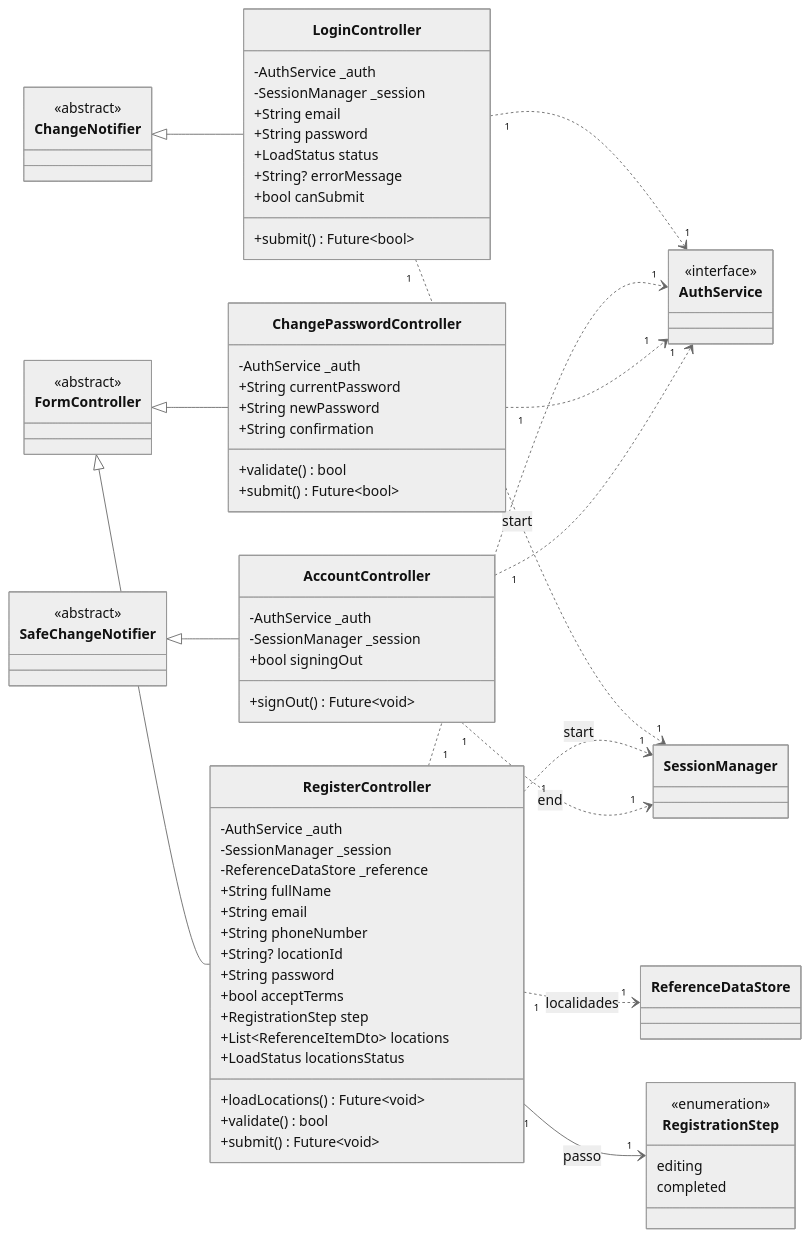
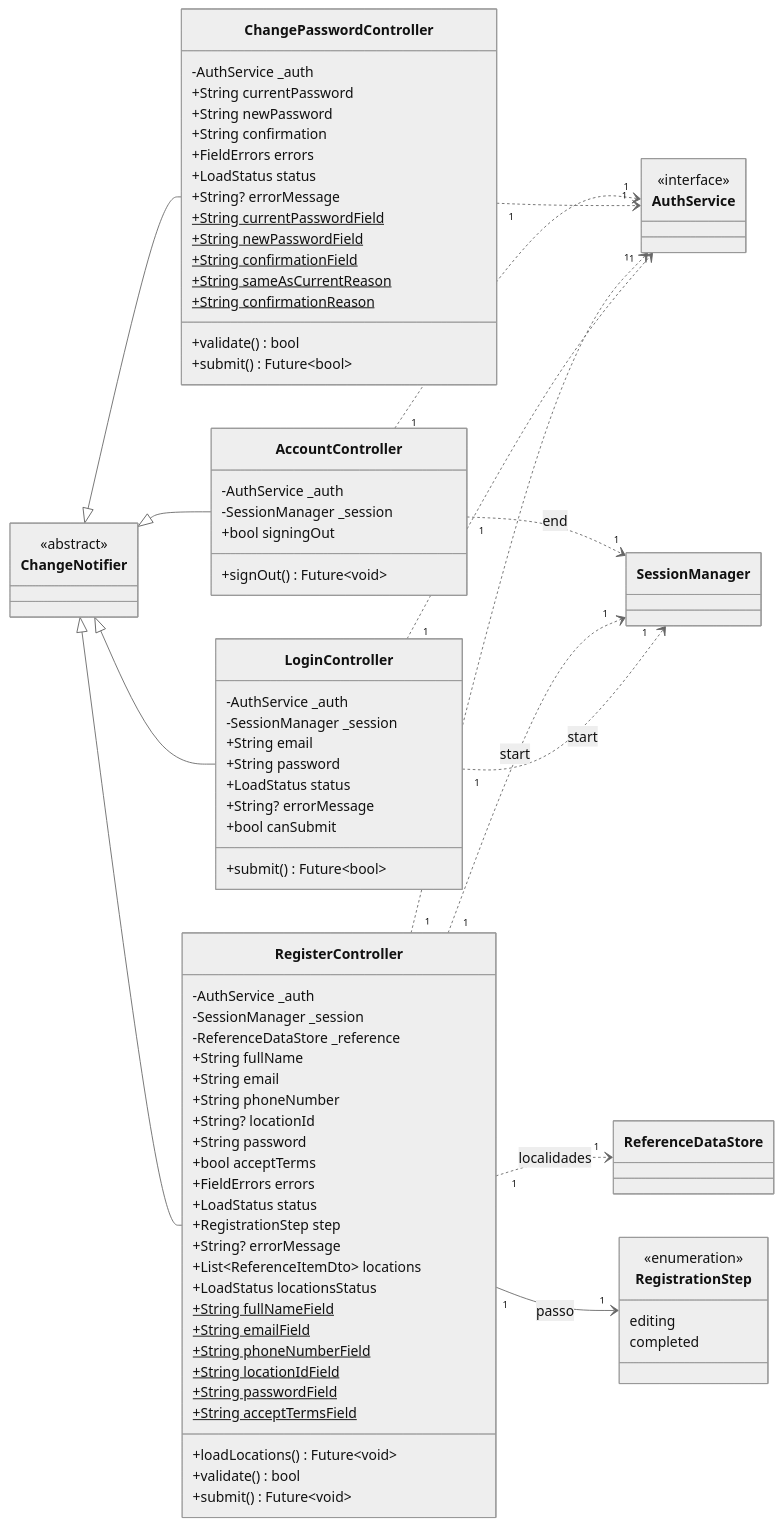
One commit to katch-lds/katch-docs changed diagram 13 of 23 in 04-artefactos-tecnicos/04.07-modelos-de-classes/m4-modelo-classes-frontend-mobile-v03.md. Above: the diagram before and after it, drawn with Mermaid (neutral theme). The commit also changed other lines of this file and 2 other files, not shown here.

```diff
--- a/04-artefactos-tecnicos/04.07-modelos-de-classes/m4-modelo-classes-frontend-mobile-v03.md
+++ b/04-artefactos-tecnicos/04.07-modelos-de-classes/m4-modelo-classes-frontend-mobile-v03.md
@@ -1084,9 +1126,18 @@
         +String? locationId
         +String password
         +bool acceptTerms
+        +FieldErrors errors
+        +LoadStatus status
         +RegistrationStep step
+        +String? errorMessage
         +List~ReferenceItemDto~ locations
         +LoadStatus locationsStatus
+        +String fullNameField$
+        +String emailField$
+        +String phoneNumberField$
+        +String locationIdField$
+        +String passwordField$
+        +String acceptTermsField$
         +loadLocations() Future~void~
         +validate() bool
         +submit() Future~void~
@@ -1096,6 +1147,14 @@
         +String currentPassword
         +String newPassword
         +String confirmation
+        +FieldErrors errors
+        +LoadStatus status
+        +String? errorMessage
+        +String currentPasswordField$
+        +String newPasswordField$
+        +String confirmationField$
+        +String sameAsCurrentReason$
+        +String confirmationReason$
         +validate() bool
         +submit() Future~bool~
     }
@@ -1108,19 +1167,13 @@
     class AuthService {
         <<interface>>
     }
-    class FormController {
-        <<abstract>>
-    }
-    class SafeChangeNotifier {
-        <<abstract>>
-    }
     class ChangeNotifier {
         <<abstract>>
     }
     ChangeNotifier <|-- LoginController
-    FormController <|-- RegisterController
-    FormController <|-- ChangePasswordController
-    SafeChangeNotifier <|-- AccountController
+    ChangeNotifier <|-- RegisterController
+    ChangeNotifier <|-- ChangePasswordController
+    ChangeNotifier <|-- AccountController
     LoginController "1" ..> "1" AuthService
     RegisterController "1" ..> "1" AuthService
     ChangePasswordController "1" ..> "1" AuthService
```
